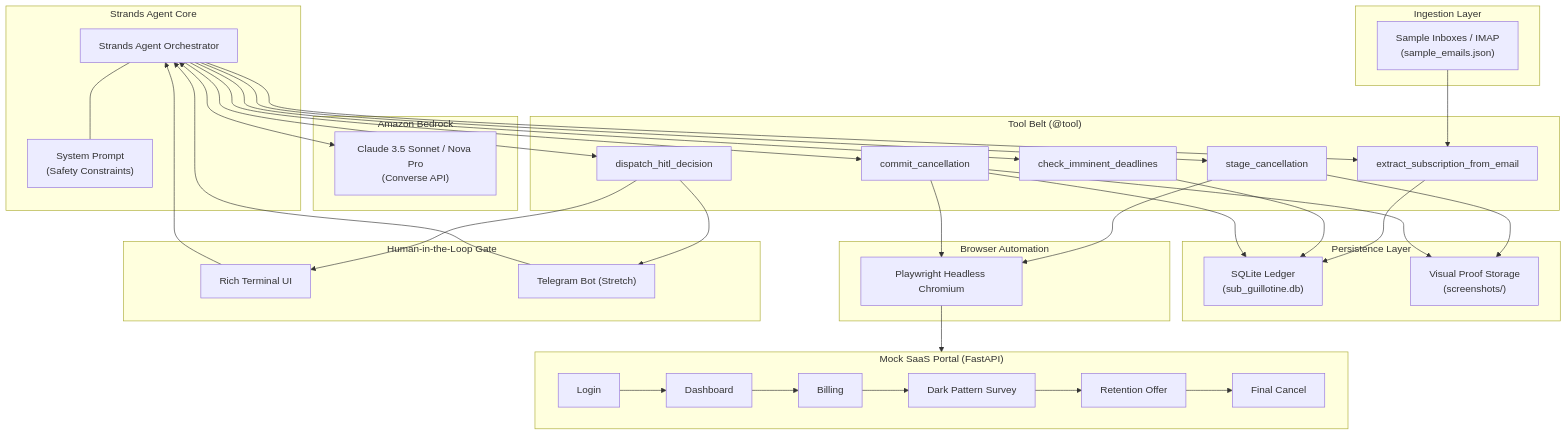
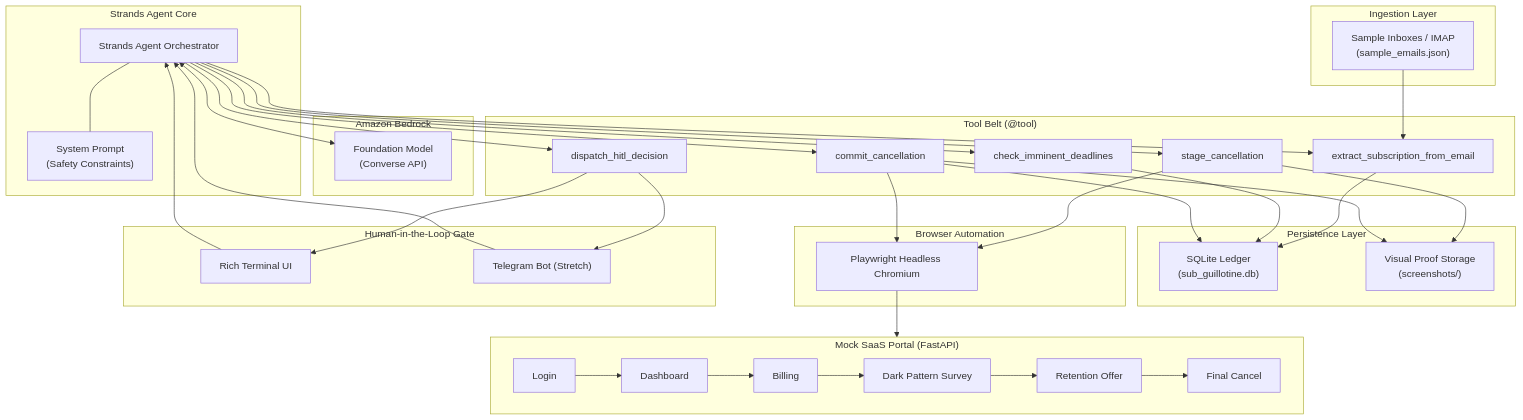
The diagram in README.md (ShreyashChaurasia/sub-guillotine), drawn with Mermaid before and after one commit. The commit also changed other lines of this file and 6 other files, not shown here.

Commit message:
fix: Update README and architecture diagrams for consistency; improve console output messages

````diff
--- a/README.md
+++ b/README.md
@@ -17,54 +17,54 @@
 ```mermaid
 graph TB
     subgraph INPUT["Ingestion Layer"]
         EMAIL["Sample Inboxes / IMAP<br/>(sample_emails.json)"]
     end
 
     subgraph BEDROCK["Amazon Bedrock"]
-        MODEL["Claude 3.5 Sonnet / Nova Pro<br/>(Converse API)"]
+        MODEL["Foundation Model<br/>(Converse API)"]
     end
 
     subgraph AGENT_CORE["Strands Agent Core"]
         AGENT["Strands Agent Orchestrator"]
         PROMPT["System Prompt<br/>(Safety Constraints)"]
         AGENT --- PROMPT
     end
 
     subgraph TOOLBELT["Tool Belt (@tool)"]
         T1["extract_subscription_from_email"]
         T2["check_imminent_deadlines"]
         T3["stage_cancellation"]
         T4["dispatch_hitl_decision"]
         T5["commit_cancellation"]
     end
 
     subgraph PERSISTENCE["Persistence Layer"]
         DB["SQLite Ledger<br/>(sub_guillotine.db)"]
         SCREENSHOTS["Visual Proof Storage<br/>(screenshots/)"]
     end
 
     subgraph BROWSER["Browser Automation"]
         PLAYWRIGHT["Playwright Headless Chromium"]
     end
 
     subgraph MOCK_PORTAL["Mock SaaS Portal (FastAPI)"]
         P1["Login"] --> P2["Dashboard"] --> P3["Billing"] --> P4["Dark Pattern Survey"] --> P5["Retention Offer"] --> P6["Final Cancel"]
     end
 
     subgraph HITL["Human-in-the-Loop Gate"]
         CLI["Rich Terminal UI"]
         TELEGRAM["Telegram Bot (Stretch)"]
     end
 
     EMAIL --> T1
     AGENT <--> MODEL
     AGENT --> T1 & T2 & T3 & T4 & T5
     T1 --> DB
     T2 --> DB
     T3 --> PLAYWRIGHT --> MOCK_PORTAL
     T3 --> SCREENSHOTS
     T4 --> CLI & TELEGRAM
     CLI & TELEGRAM --> AGENT
     T5 --> PLAYWRIGHT
     T5 --> DB & SCREENSHOTS
 ```
````
